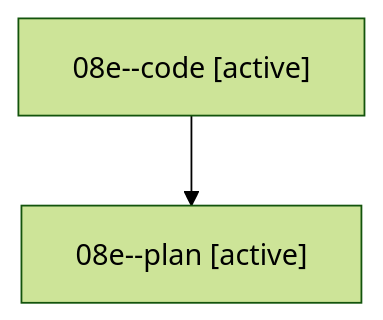
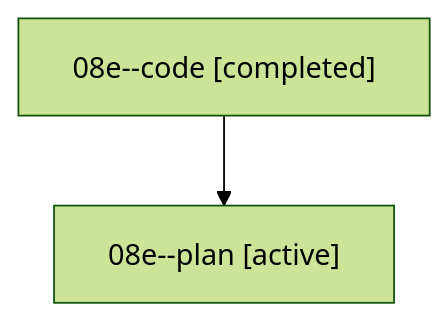
The diagram in families/bbugyi200.athena.08e.md (sase-org/sase--agents), drawn with Mermaid (forest theme) before and after one commit. The commit also changed other lines of this file and 35830 other files, not shown here.

````diff
--- a/families/bbugyi200.athena.08e.md
+++ b/families/bbugyi200.athena.08e.md
@@ -9,6 +9,6 @@
 ```mermaid
 flowchart TD
-  n0["08e--code [active]"]
+  n0["08e--code [completed]"]
   n1["08e--plan [active]"]
   n0 --> n1
 ```
````
